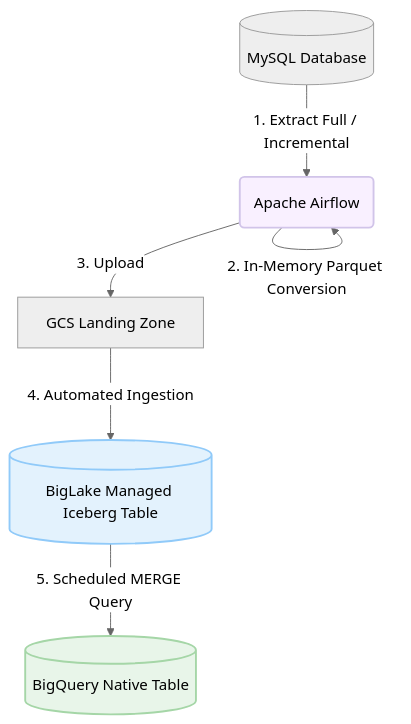
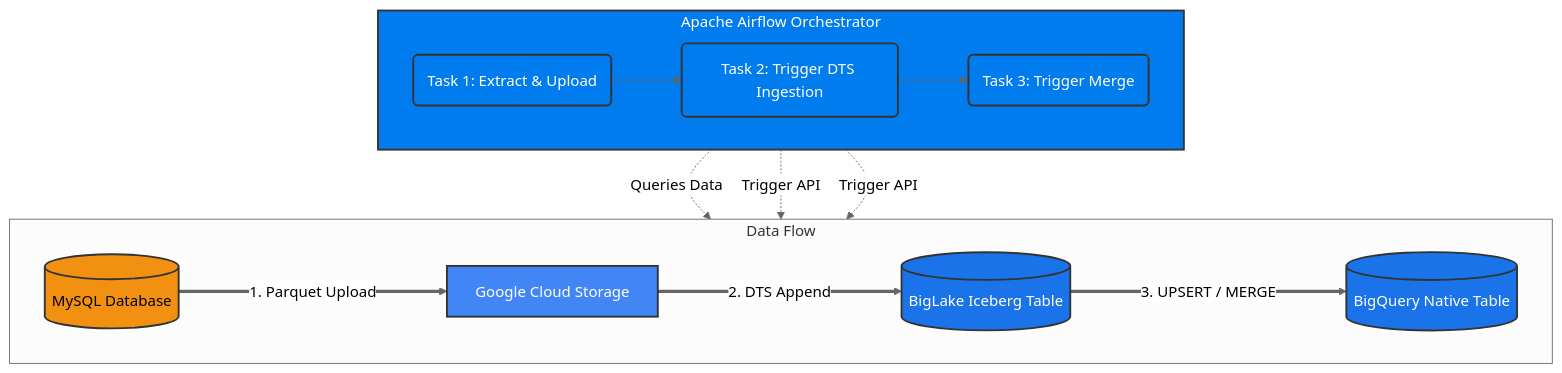
One commit to agralabs/BigQuery-BigLake changed the diagram in dts_parquet_to_iceberg_with_airflow.md. Above: the diagram before and after it, drawn with Mermaid (neutral theme). The commit also changed other lines of this file, not shown here.

````diff
--- a/dts_parquet_to_iceberg_with_airflow.md
+++ b/dts_parquet_to_iceberg_with_airflow.md
@@ -9,12 +7,29 @@
 ```mermaid
 graph TD
-    A[(MySQL Database)] -->|1. Extract Full / Incremental| B(Apache Airflow)
-    B -->|2. In-Memory Parquet Conversion| B
-    B -->|3. Upload| C[GCS Landing Zone]
-    C -->|4. Automated Ingestion| D[(BigLake Managed Iceberg Table)]
-    D -->|5. Scheduled MERGE Query| E[(BigQuery Native Table)]
+    subgraph Airflow [Apache Airflow Orchestrator]
+        direction LR
+        T1(Task 1: Extract & Upload) --> T2(Task 2: Trigger DTS Ingestion) --> T3(Task 3: Trigger Merge)
+    end
+
+    subgraph Data_Pipeline [Data Flow]
+        direction LR
+        DB[(MySQL Database)] ===>|1. Parquet Upload| GCS[Google Cloud Storage]
+        GCS ===>|2. DTS Append| Managed[(BigLake Iceberg Table)]
+        Managed ===>|3. UPSERT / MERGE| Native[(BigQuery Native Table)]
+    end
+
+    %% Control Flow Links
+    T1 -.->|Queries Data| DB
+    T2 -.->|Trigger API| GCS
+    T3 -.->|Trigger API| Managed
+
+    classDef airflow fill:#017cee,stroke:#333,stroke-width:2px,color:#fff;
+    classDef storage fill:#4285f4,stroke:#333,stroke-width:2px,color:#fff;
+    classDef bq fill:#1a73e8,stroke:#333,stroke-width:2px,color:#fff;
+    classDef db fill:#f29111,stroke:#333,stroke-width:2px;
     
-    style B fill:#f9f0ff,stroke:#d1c4e9,stroke-width:2px
-    style D fill:#e3f2fd,stroke:#90caf9,stroke-width:2px
-    style E fill:#e8f5e9,stroke:#a5d6a7,stroke-width:2px
+    class Airflow,T1,T2,T3 airflow;
+    class GCS storage;
+    class Managed,Native bq;
+    class DB db;
 ```
````
